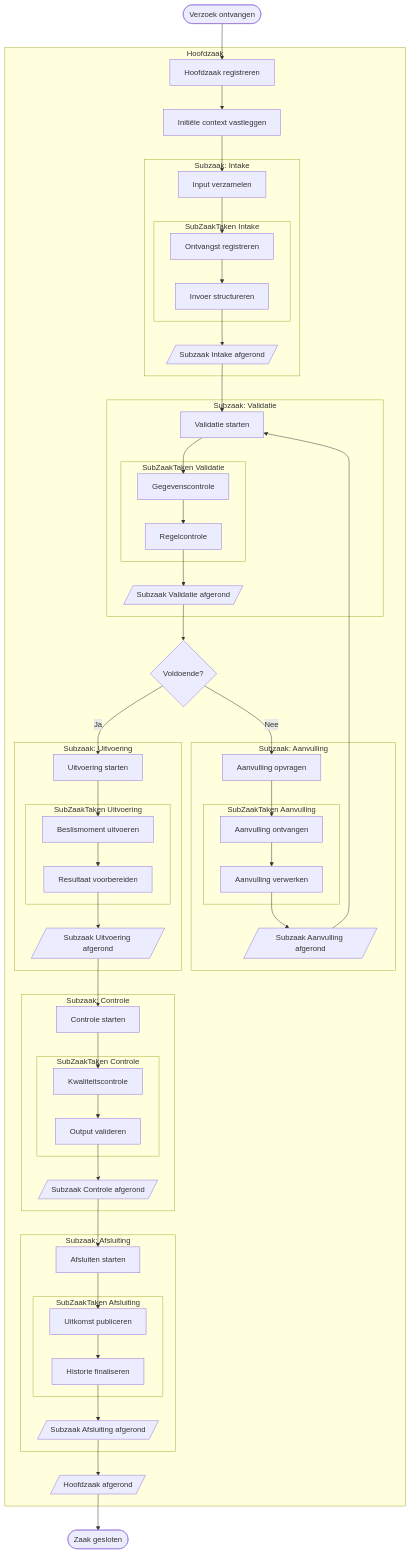
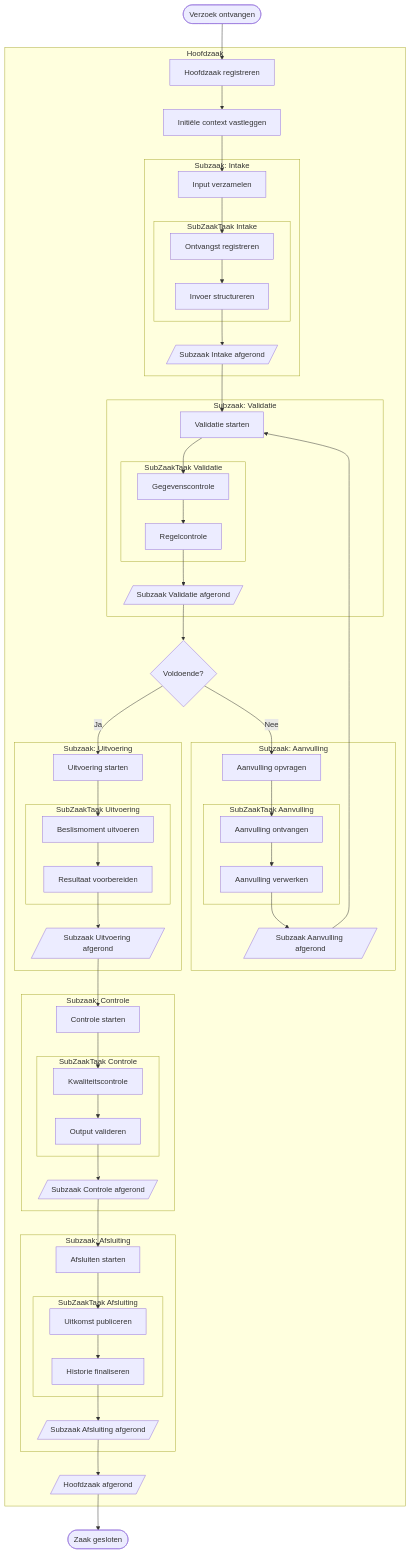
The first of 6 diagrams in procesmodel.md (its-me-robert/procesmodel), drawn with Mermaid before and after one commit. The commit also changed other lines of this file, not shown here.

Commit message:
Consistente SubZaakTaak-terminologie doorvoeren
Agent-Logs-Url: https://github.com/its-me-robert/procesmodel/sessions/dff0185c-29a8-4f68-ae3a-8d1e9a4eda48

````diff
--- a/procesmodel.md
+++ b/procesmodel.md
@@ -66,73 +66,73 @@
 ```mermaid
 flowchart TD
     START([Verzoek ontvangen]) --> HZ_CREATE
 
     subgraph HZ["Hoofdzaak"]
         HZ_CREATE[Hoofdzaak registreren] --> HZ_INIT[Initiële context vastleggen]
         HZ_INIT --> SZ_INTAKE
 
         subgraph SZ1["Subzaak: Intake"]
             SZ_INTAKE[Input verzamelen] --> TAAK_INTAKE_1
-            subgraph SZT1["SubZaakTaken Intake"]
+            subgraph SZT1["SubZaakTaak Intake"]
                 TAAK_INTAKE_1[Ontvangst registreren] --> TAAK_INTAKE_2[Invoer structureren]
             end
             TAAK_INTAKE_2 --> SZ1_DONE[/Subzaak Intake afgerond/]
         end
 
         SZ1_DONE --> SZ_VALIDATIE
 
         subgraph SZ2["Subzaak: Validatie"]
             SZ_VALIDATIE[Validatie starten] --> TAAK_VAL_1
-            subgraph SZT2["SubZaakTaken Validatie"]
+            subgraph SZT2["SubZaakTaak Validatie"]
                 TAAK_VAL_1[Gegevenscontrole] --> TAAK_VAL_2[Regelcontrole]
             end
             TAAK_VAL_2 --> SZ2_DONE[/Subzaak Validatie afgerond/]
         end
 
         SZ2_DONE --> BESLISSING{Voldoende?}
         BESLISSING -- Nee --> SZ_AANVULLING
         BESLISSING -- Ja --> SZ_UITVOERING
 
         subgraph SZ3["Subzaak: Aanvulling"]
             SZ_AANVULLING[Aanvulling opvragen] --> TAAK_AANV_1
-            subgraph SZT3["SubZaakTaken Aanvulling"]
+            subgraph SZT3["SubZaakTaak Aanvulling"]
                 TAAK_AANV_1[Aanvulling ontvangen] --> TAAK_AANV_2[Aanvulling verwerken]
             end
             TAAK_AANV_2 --> SZ3_DONE[/Subzaak Aanvulling afgerond/]
         end
 
         SZ3_DONE --> SZ_VALIDATIE
 
         subgraph SZ4["Subzaak: Uitvoering"]
             SZ_UITVOERING[Uitvoering starten] --> TAAK_UIT_1
-            subgraph SZT4["SubZaakTaken Uitvoering"]
+            subgraph SZT4["SubZaakTaak Uitvoering"]
                 TAAK_UIT_1[Beslismoment uitvoeren] --> TAAK_UIT_2[Resultaat voorbereiden]
             end
             TAAK_UIT_2 --> SZ4_DONE[/Subzaak Uitvoering afgerond/]
         end
 
         SZ4_DONE --> SZ_CONTROLE
 
         subgraph SZ5["Subzaak: Controle"]
             SZ_CONTROLE[Controle starten] --> TAAK_CON_1
-            subgraph SZT5["SubZaakTaken Controle"]
+            subgraph SZT5["SubZaakTaak Controle"]
                 TAAK_CON_1[Kwaliteitscontrole] --> TAAK_CON_2[Output valideren]
             end
             TAAK_CON_2 --> SZ5_DONE[/Subzaak Controle afgerond/]
         end
 
         SZ5_DONE --> SZ_AFSLUITING
 
         subgraph SZ6["Subzaak: Afsluiting"]
             SZ_AFSLUITING[Afsluiten starten] --> TAAK_AFS_1
-            subgraph SZT6["SubZaakTaken Afsluiting"]
+            subgraph SZT6["SubZaakTaak Afsluiting"]
                 TAAK_AFS_1[Uitkomst publiceren] --> TAAK_AFS_2[Historie finaliseren]
             end
             TAAK_AFS_2 --> SZ6_DONE[/Subzaak Afsluiting afgerond/]
         end
 
         SZ6_DONE --> HZ_DONE[/Hoofdzaak afgerond/]
     end
 
     HZ_DONE --> END([Zaak gesloten])
 ```
````
